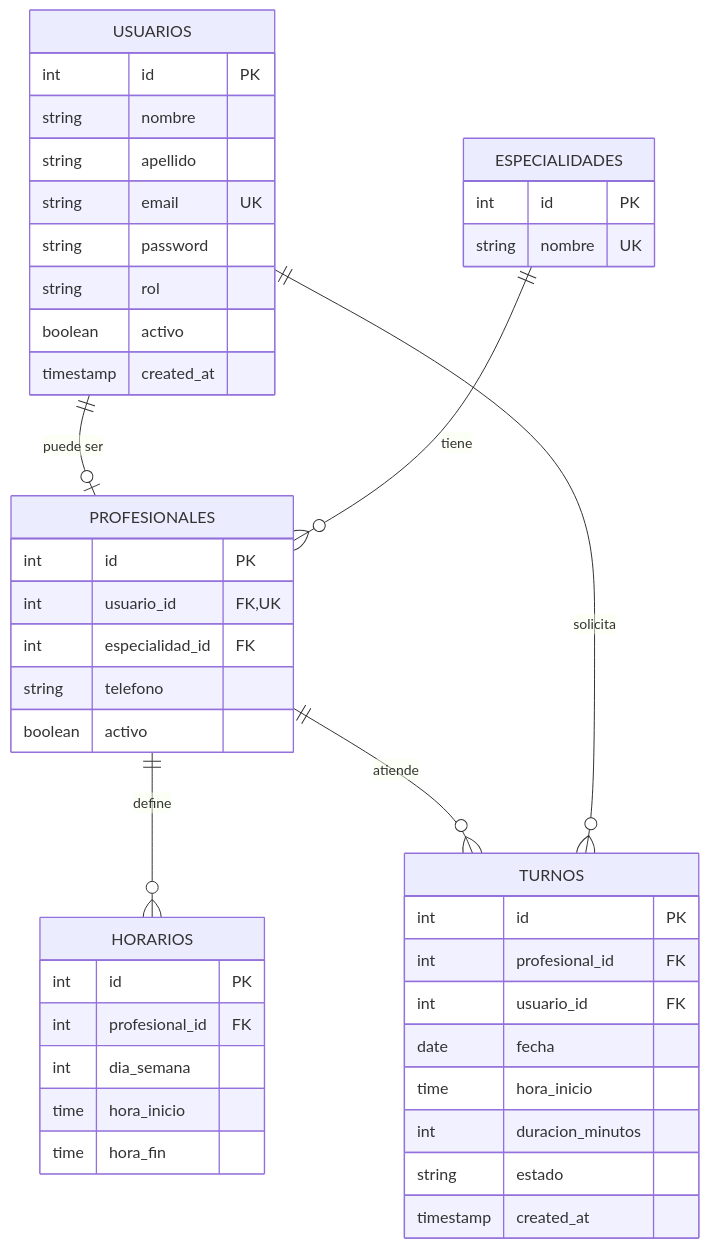
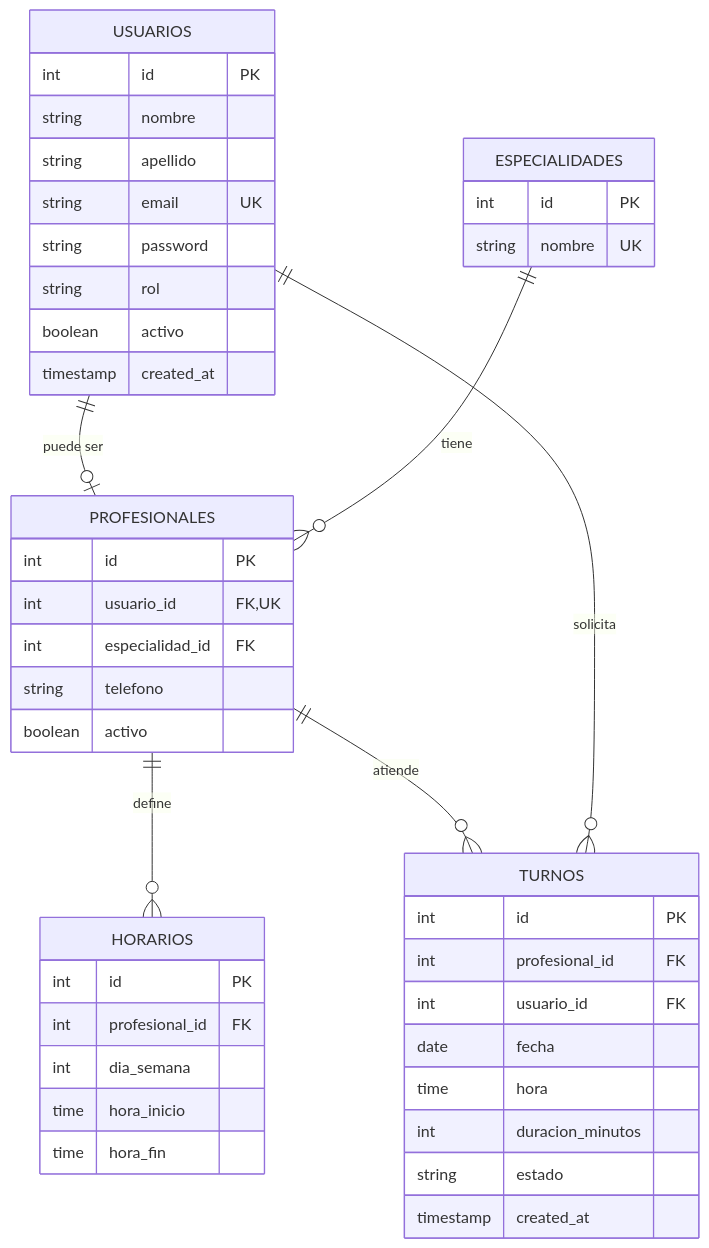
The diagram in docs/SEGUNDA_ENTREGA.md (Lautapez/TurnoFacil---Trabajo-Final-TUP), drawn with Mermaid before and after one commit.

Commit message:
Renombrado de 'hora_inicio' a 'hora' en ER del archivo SEGUNDA_ENTREGA.md

````diff
--- a/docs/SEGUNDA_ENTREGA.md
+++ b/docs/SEGUNDA_ENTREGA.md
@@ -69,51 +69,51 @@
 ```mermaid
 erDiagram
     USUARIOS {
         int id PK
         string nombre
         string apellido
         string email UK
         string password
         string rol
         boolean activo
         timestamp created_at
     }
 
     ESPECIALIDADES {
         int id PK
         string nombre UK
     }
 
     PROFESIONALES {
         int id PK
         int usuario_id FK, UK
         int especialidad_id FK
         string telefono
         boolean activo
     }
 
     HORARIOS {
         int id PK
         int profesional_id FK
         int dia_semana
         time hora_inicio
         time hora_fin
     }
 
     TURNOS {
         int id PK
         int profesional_id FK
         int usuario_id FK
         date fecha
-        time hora_inicio
+        time hora
         int duracion_minutos
         string estado
         timestamp created_at
     }
 
     USUARIOS ||--o| PROFESIONALES : "puede ser"
     ESPECIALIDADES ||--o{ PROFESIONALES : "tiene"
     PROFESIONALES ||--o{ HORARIOS : "define"
     PROFESIONALES ||--o{ TURNOS : "atiende"
     USUARIOS ||--o{ TURNOS : "solicita"
 ```
````
